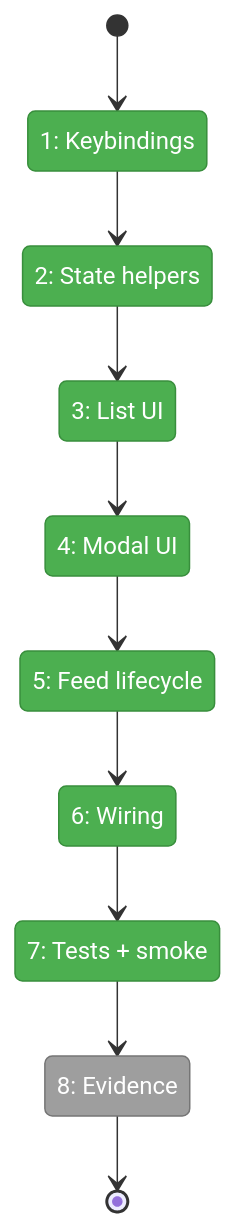
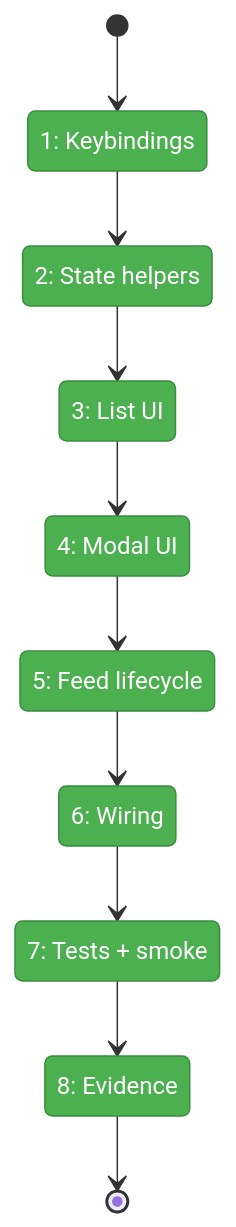
One commit to vaughanknight/pij changed the first of 2 diagrams in docs/plans/007-options-for-pi-extensions-that-do-subagents/tasks/phase-2-full-modal-minih-run-viewer/tasks.fltplan.md. Above: the diagram before and after it, drawn with Mermaid. The commit also changed other lines of this file and 12 other files, not shown here.

````diff
--- a/docs/plans/007-options-for-pi-extensions-that-do-subagents/tasks/phase-2-full-modal-minih-run-viewer/tasks.fltplan.md
+++ b/docs/plans/007-options-for-pi-extensions-that-do-subagents/tasks/phase-2-full-modal-minih-run-viewer/tasks.fltplan.md
@@ -43,29 +43,28 @@
 ```mermaid
 stateDiagram-v2
     classDef pending fill:#9E9E9E,stroke:#757575,color:#fff
     classDef active fill:#FFC107,stroke:#FFA000,color:#000
     classDef done fill:#4CAF50,stroke:#388E3C,color:#fff
     classDef blocked fill:#F44336,stroke:#D32F2F,color:#fff
 
     state "1: Keybindings" as S1
     state "2: State helpers" as S2
     state "3: List UI" as S3
     state "4: Modal UI" as S4
     state "5: Feed lifecycle" as S5
     state "6: Wiring" as S6
     state "7: Tests + smoke" as S7
     state "8: Evidence" as S8
 
     [*] --> S1
     S1 --> S2
     S2 --> S3
     S3 --> S4
     S4 --> S5
     S5 --> S6
     S6 --> S7
     S7 --> S8
     S8 --> [*]
 
-    class S1,S2,S3,S4,S5,S6,S7 done
-    class S8 pending
+    class S1,S2,S3,S4,S5,S6,S7,S8 done
 ```
````
